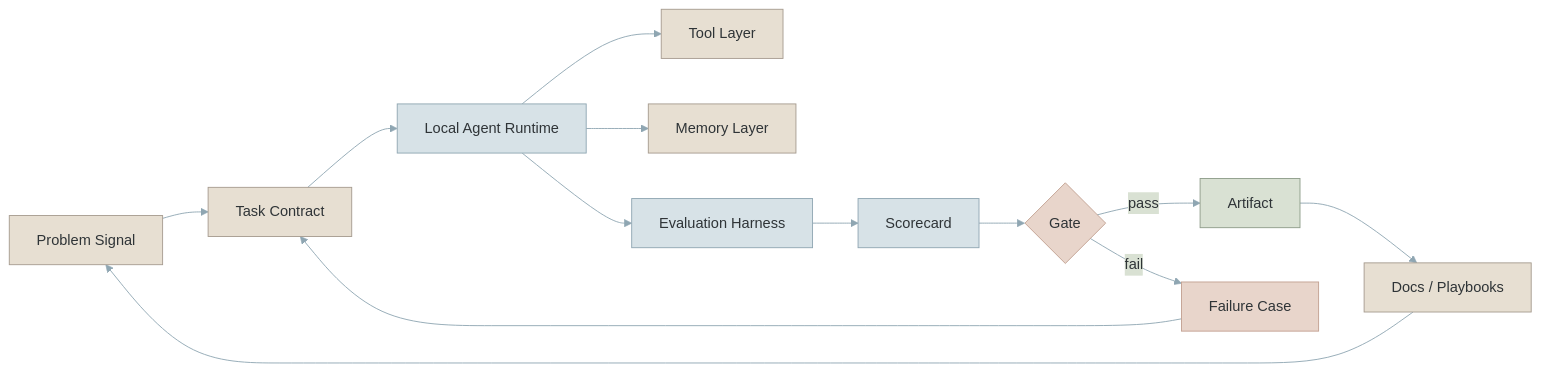
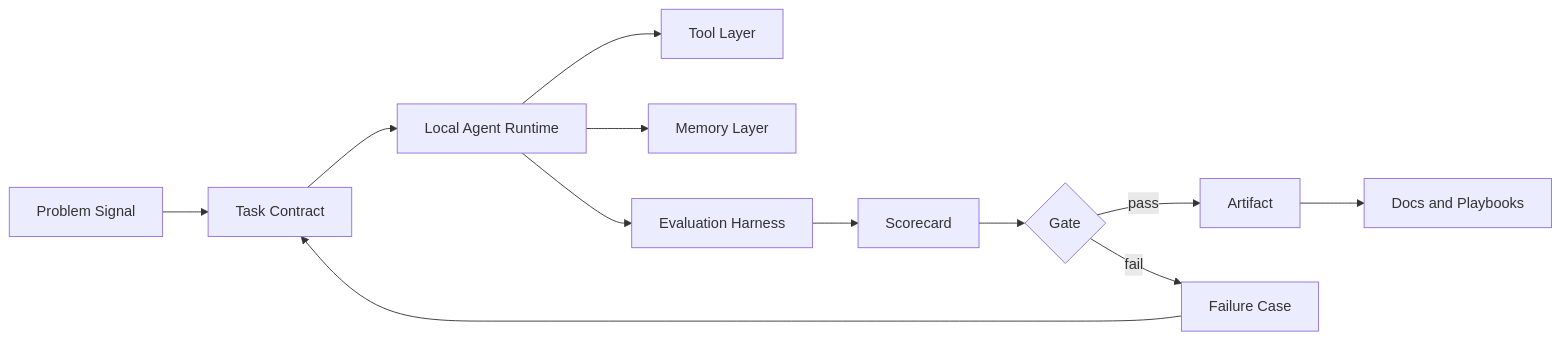
One commit to 2830500285/2830500285 changed the diagram in README.md. Above: the diagram before and after it, drawn with Mermaid. The commit also changed other lines of this file and 8 other files, not shown here.

````diff
--- a/README.md
+++ b/README.md
@@ -114,25 +233,14 @@
 ```mermaid
-%%{init: {"theme":"base","themeVariables":{"background":"#F4F1EA","primaryColor":"#E7DFD2","primaryTextColor":"#2F3437","primaryBorderColor":"#8FA6B2","lineColor":"#8FA6B2","secondaryColor":"#D9E1D3","tertiaryColor":"#E8D5CB","fontFamily":"Segoe UI, Helvetica, Arial, sans-serif"}}}%%
 flowchart LR
-  A["Problem Signal"] --> B["Task Contract"]
-  B --> C["Local Agent Runtime"]
-  C --> D["Tool Layer"]
-  C --> E["Memory Layer"]
-  C --> F["Evaluation Harness"]
-  F --> G["Scorecard"]
-  G --> H{"Gate"}
-  H -->|pass| I["Artifact"]
-  H -->|fail| J["Failure Case"]
+  A[Problem Signal] --> B[Task Contract]
+  B --> C[Local Agent Runtime]
+  C --> D[Tool Layer]
+  C --> E[Memory Layer]
+  C --> F[Evaluation Harness]
+  F --> G[Scorecard]
+  G --> H{Gate}
+  H -->|pass| I[Artifact]
+  H -->|fail| J[Failure Case]
   J --> B
-  I --> K["Docs / Playbooks"]
-  K --> A
-
-  classDef warm fill:#E7DFD2,stroke:#A69B8F,stroke-width:1px,color:#2F3437;
-  classDef sage fill:#D9E1D3,stroke:#8E9C89,stroke-width:1px,color:#2F3437;
-  classDef blue fill:#D7E2E7,stroke:#8FA6B2,stroke-width:1px,color:#2F3437;
-  classDef clay fill:#E8D5CB,stroke:#C2A091,stroke-width:1px,color:#2F3437;
-  class C,F,G blue;
-  class A,B,D,E,K warm;
-  class I sage;
-  class H,J clay;
+  I --> K[Docs and Playbooks]
 ```
````
